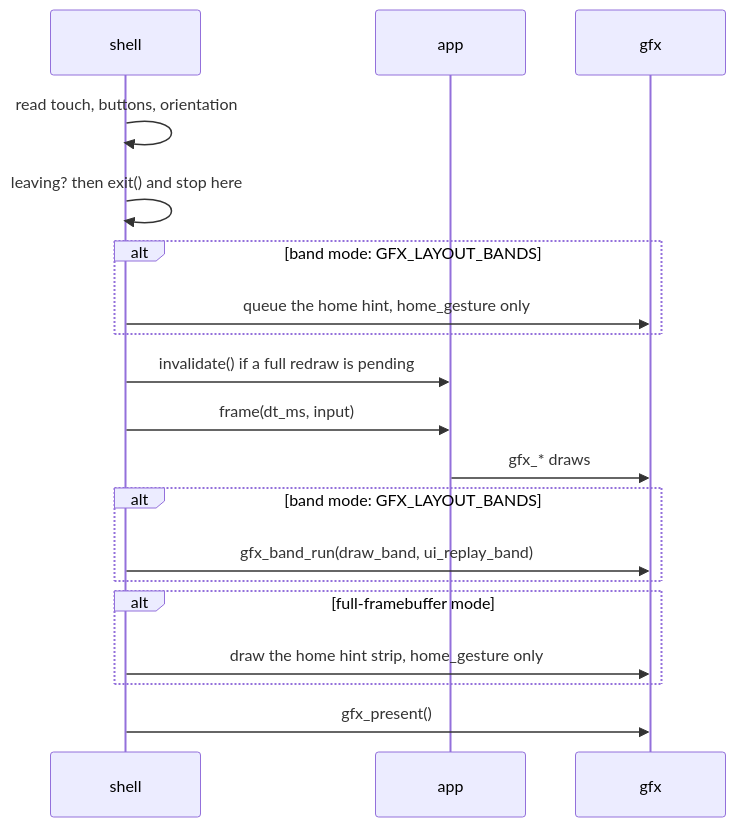
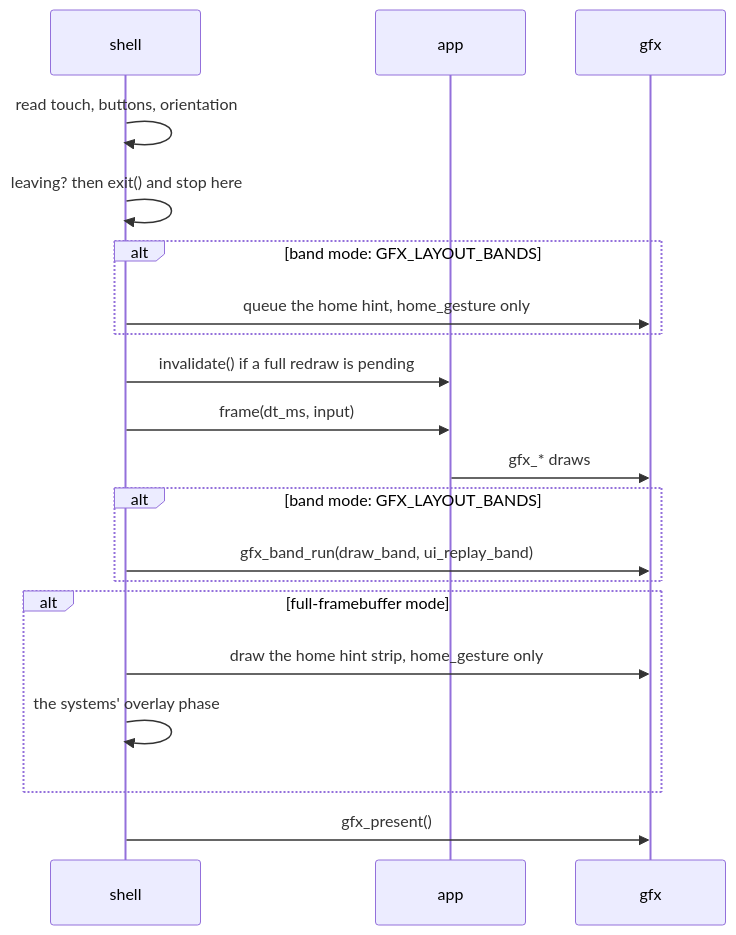
The second of 3 diagrams in docs/Building-an-App.md (jose-villegas/autana), drawn with Mermaid before and after one commit. The commit also changed other lines of this file and 7 other files, not shown here.

````diff
--- a/docs/Building-an-App.md
+++ b/docs/Building-an-App.md
@@ -138,21 +142,22 @@
 ```mermaid
 sequenceDiagram
     participant S as shell
     participant A as app
     participant G as gfx
     S->>S: read touch, buttons, orientation
     S->>S: leaving? then exit() and stop here
     alt band mode: GFX_LAYOUT_BANDS
         S->>G: queue the home hint, home_gesture only
     end
     S->>A: invalidate() if a full redraw is pending
     S->>A: frame(dt_ms, input)
     A->>G: gfx_* draws
     alt band mode: GFX_LAYOUT_BANDS
         S->>G: gfx_band_run(draw_band, ui_replay_band)
     end
     alt full-framebuffer mode
         S->>G: draw the home hint strip, home_gesture only
+        S->>S: the systems' overlay phase
     end
     S->>G: gfx_present()
 ```
````
